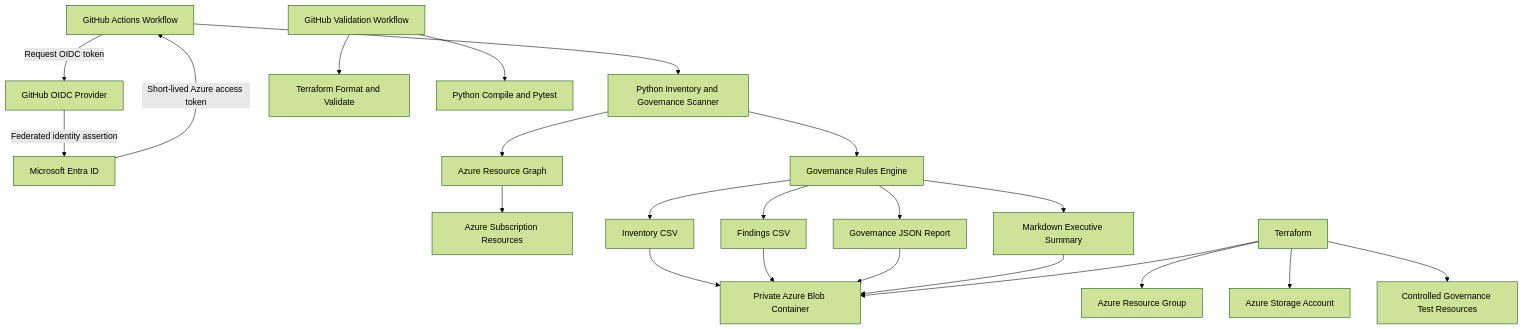
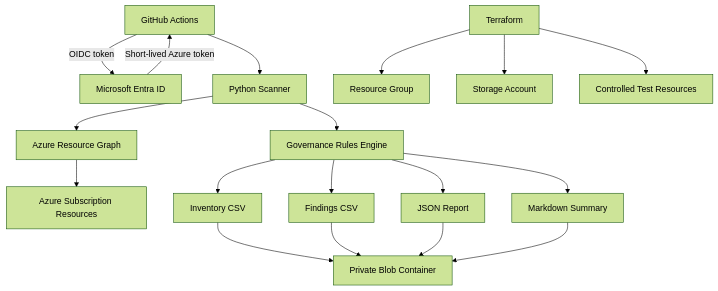
The diagram in README.md (kylon-cloud-dev/azure-cloud-inventory-governance-tracker), drawn with Mermaid (forest theme) before and after one commit. The commit also changed other lines of this file, not shown here.

````diff
--- a/README.md
+++ b/README.md
@@ -113,30 +60,20 @@
 ```mermaid
 flowchart TD
-    A[GitHub Actions Workflow] -->|Request OIDC token| B[GitHub OIDC Provider]
-    B -->|Federated identity assertion| C[Microsoft Entra ID]
-    C -->|Short-lived Azure access token| A
-
-    A --> D[Python Inventory and Governance Scanner]
-    D --> E[Azure Resource Graph]
-    E --> F[Azure Subscription Resources]
-
-    D --> G[Governance Rules Engine]
-
-    G --> H[Inventory CSV]
-    G --> I[Findings CSV]
-    G --> J[Governance JSON Report]
-    G --> K[Markdown Executive Summary]
-
-    H --> L[Private Azure Blob Container]
-    I --> L
-    J --> L
-    K --> L
-
-    M[Terraform] --> N[Azure Resource Group]
-    M --> O[Azure Storage Account]
-    M --> L
-    M --> P[Controlled Governance Test Resources]
-
-    Q[GitHub Validation Workflow] --> R[Terraform Format and Validate]
-    Q --> S[Python Compile and Pytest]
+    A[GitHub Actions] -->|OIDC token| B[Microsoft Entra ID]
+    B -->|Short-lived Azure token| A
+    A --> C[Python Scanner]
+    C --> D[Azure Resource Graph]
+    D --> E[Azure Subscription Resources]
+    C --> F[Governance Rules Engine]
+    F --> G[Inventory CSV]
+    F --> H[Findings CSV]
+    F --> I[JSON Report]
+    F --> J[Markdown Summary]
+    G --> K[Private Blob Container]
+    H --> K
+    I --> K
+    J --> K
+    L[Terraform] --> M[Resource Group]
+    L --> N[Storage Account]
+    L --> O[Controlled Test Resources]
 ```
````
